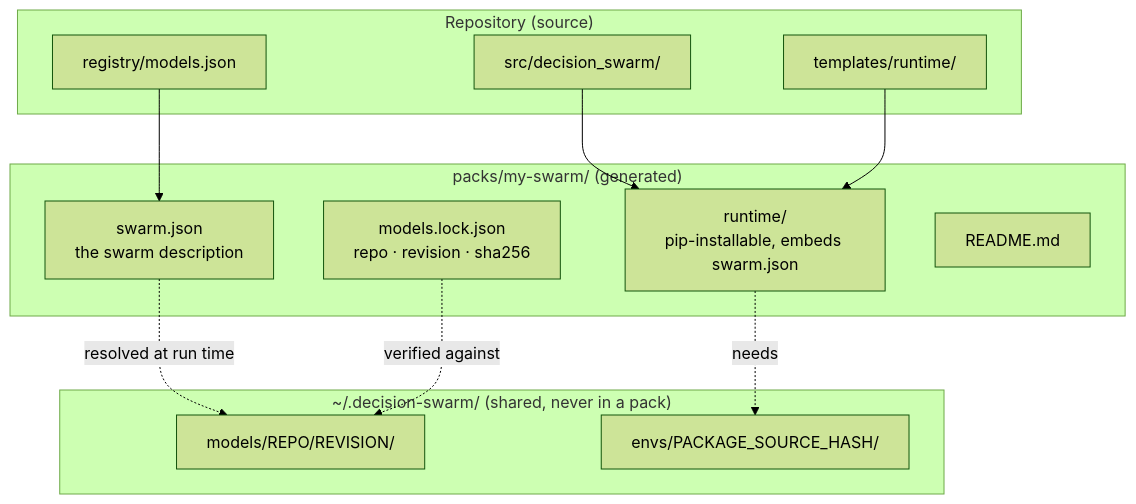
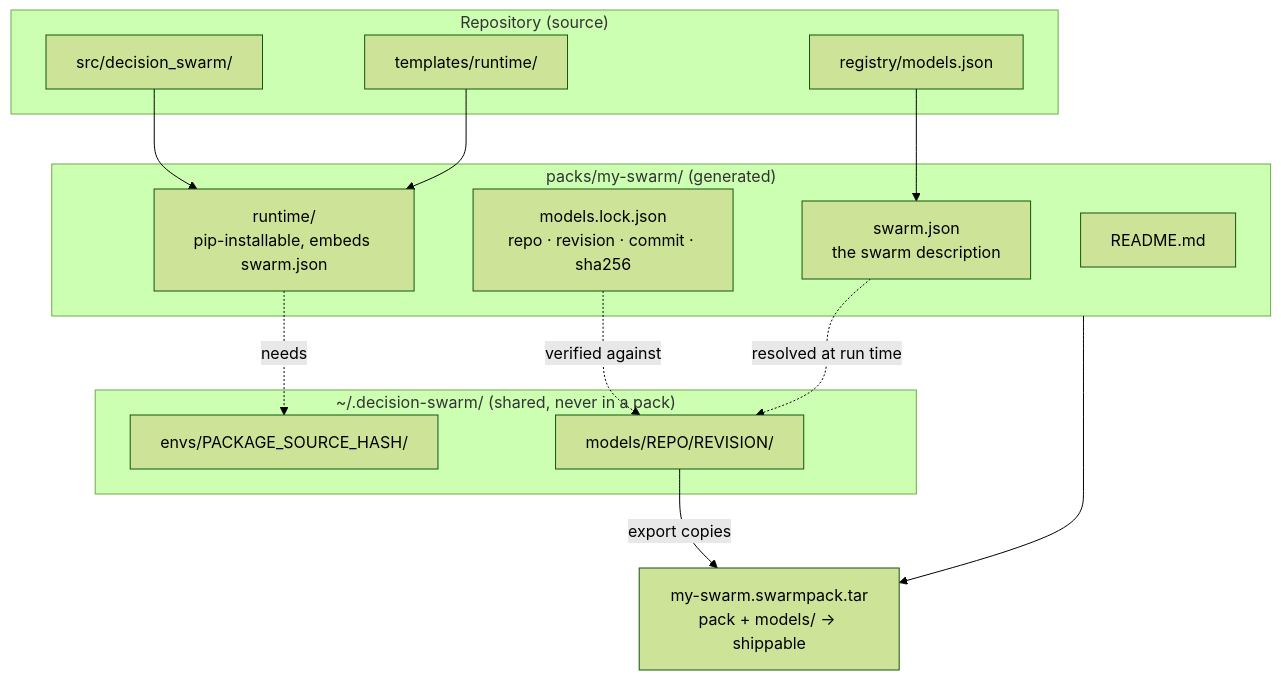
The fourth of 6 diagrams in docs/architecture.md (themaincharacter/DecisionSwarm), drawn with Mermaid (forest theme) before and after one commit. The commit also changed other lines of this file and 6 other files, not shown here.

Commit message:
feat: export packs with their weights as a transferable bundle

````diff
--- a/docs/architecture.md
+++ b/docs/architecture.md
@@ -127,24 +127,27 @@
 ```mermaid
 flowchart TB
   subgraph repo["Repository (source)"]
     SRC["src/decision_swarm/"]
     TMPL["templates/runtime/"]
     REGF["registry/models.json"]
   end
   subgraph pack["packs/my-swarm/ (generated)"]
     SJ["swarm.json<br/>the swarm description"]
-    LK["models.lock.json<br/>repo · revision · sha256"]
+    LK["models.lock.json<br/>repo · revision · commit · sha256"]
     RT["runtime/<br/>pip-installable, embeds swarm.json"]
     RM["README.md"]
   end
   subgraph home["~/.decision-swarm/ (shared, never in a pack)"]
     MODELS["models/REPO/REVISION/"]
     ENVSD["envs/PACKAGE_SOURCE_HASH/"]
   end
+  BUNDLE["my-swarm.swarmpack.tar<br/>pack + models/ → shippable"]
   REGF --> SJ
   SRC --> RT
   TMPL --> RT
   SJ -.->|"resolved at run time"| MODELS
   LK -.->|"verified against"| MODELS
   RT -.->|"needs"| ENVSD
+  MODELS -->|"export copies"| BUNDLE
+  pack --> BUNDLE
 ```
````
